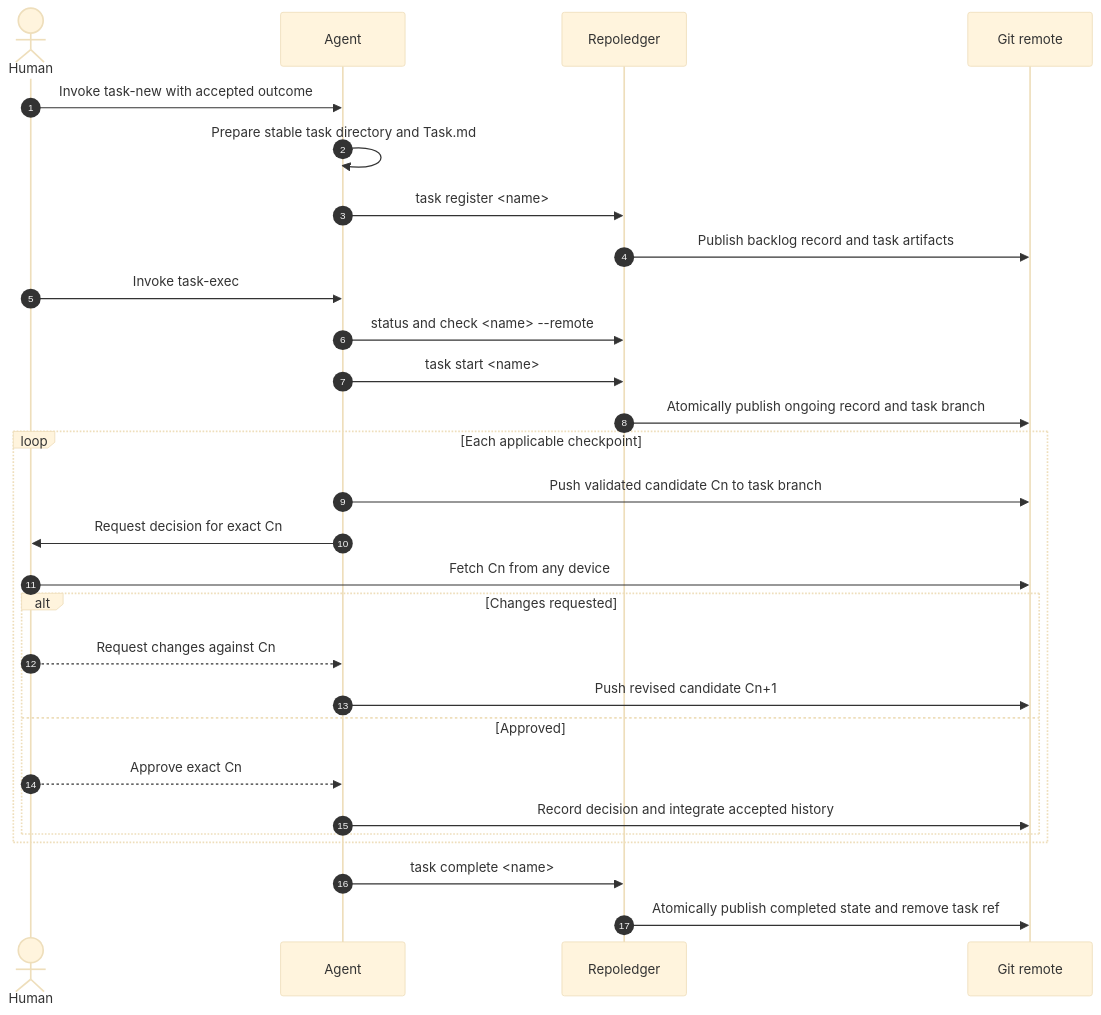
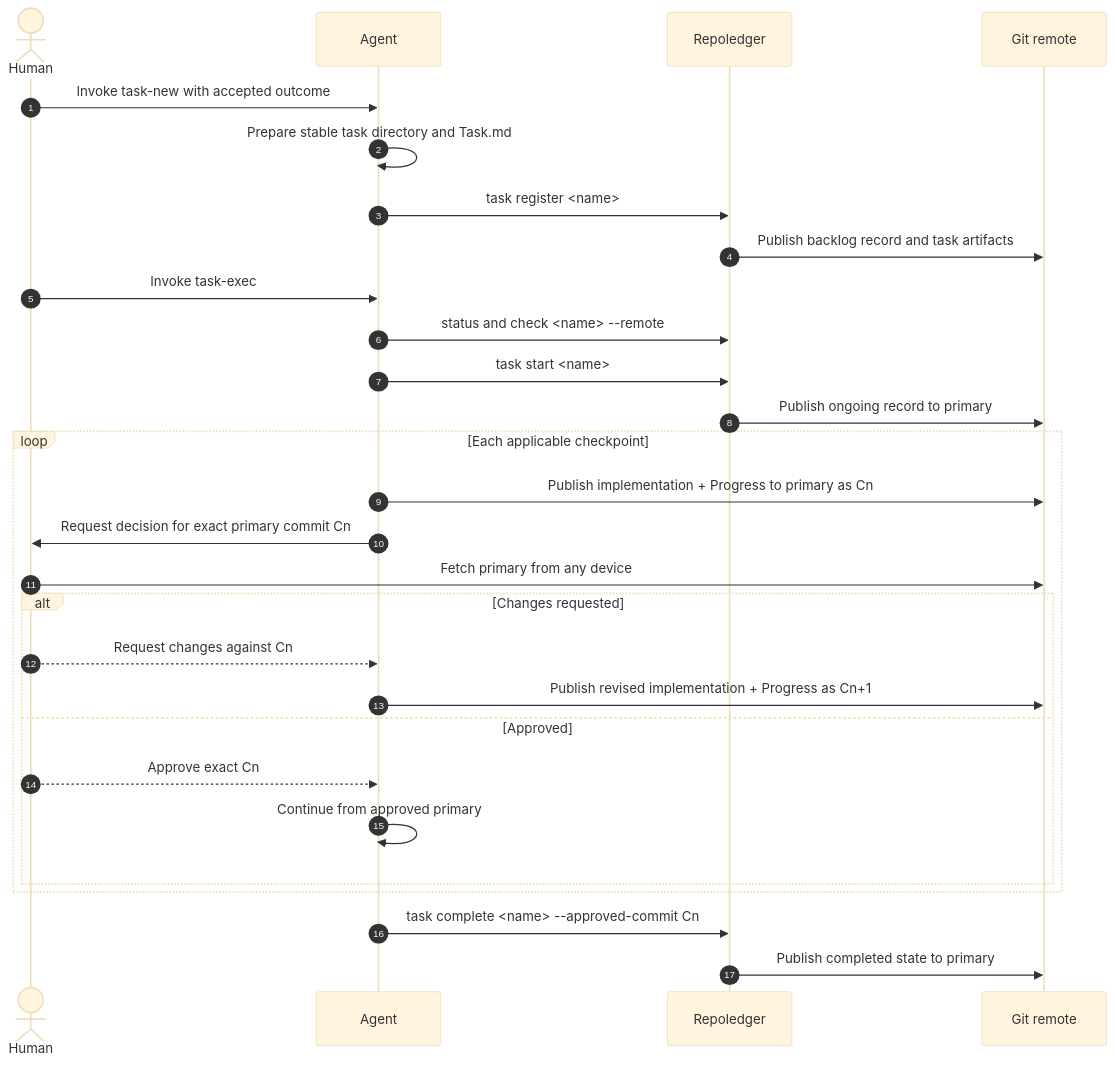
The diagram in tasks/ongoing/scottwei-home-pc/redesign-repoledger-state-management/repoledger-use-cases.md (shazhou-ww/skills), drawn with Mermaid (base theme) before and after one commit. The commit also changed other lines of this file and 4 other files, not shown here.

````diff
--- a/tasks/ongoing/scottwei-home-pc/redesign-repoledger-state-management/repoledger-use-cases.md
+++ b/tasks/ongoing/scottwei-home-pc/redesign-repoledger-state-management/repoledger-use-cases.md
@@ -28,34 +28,34 @@
 ```mermaid
 sequenceDiagram
   autonumber
   actor H as Human
   participant A as Agent
   participant L as Repoledger
   participant R as Git remote
 
   H->>A: Invoke task-new with accepted outcome
   A->>A: Prepare stable task directory and Task.md
   A->>L: task register <name>
   L->>R: Publish backlog record and task artifacts
 
   H->>A: Invoke task-exec
   A->>L: status and check <name> --remote
   A->>L: task start <name>
-  L->>R: Atomically publish ongoing record and task branch
+  L->>R: Publish ongoing record to primary
 
   loop Each applicable checkpoint
-    A->>R: Push validated candidate Cn to task branch
-    A->>H: Request decision for exact Cn
-    H->>R: Fetch Cn from any device
+    A->>R: Publish implementation + Progress to primary as Cn
+    A->>H: Request decision for exact primary commit Cn
+    H->>R: Fetch primary from any device
     alt Changes requested
       H-->>A: Request changes against Cn
-      A->>R: Push revised candidate Cn+1
+      A->>R: Publish revised implementation + Progress as Cn+1
     else Approved
       H-->>A: Approve exact Cn
-      A->>R: Record decision and integrate accepted history
+      A->>A: Continue from approved primary
     end
   end
 
-  A->>L: task complete <name>
-  L->>R: Atomically publish completed state and remove task ref
+  A->>L: task complete <name> --approved-commit Cn
+  L->>R: Publish completed state to primary
 ```
````
